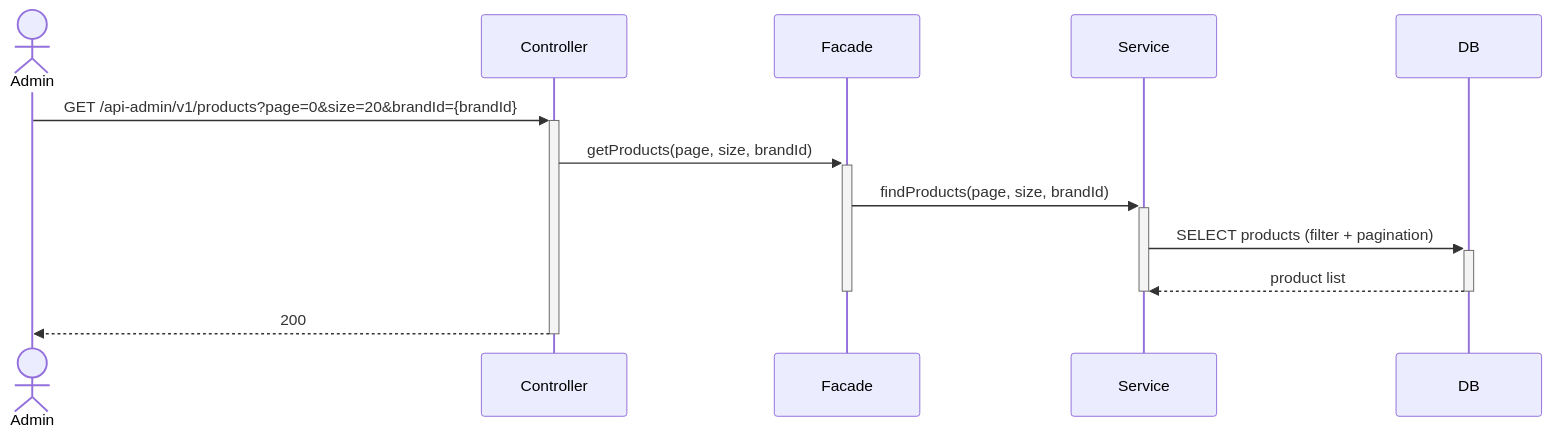
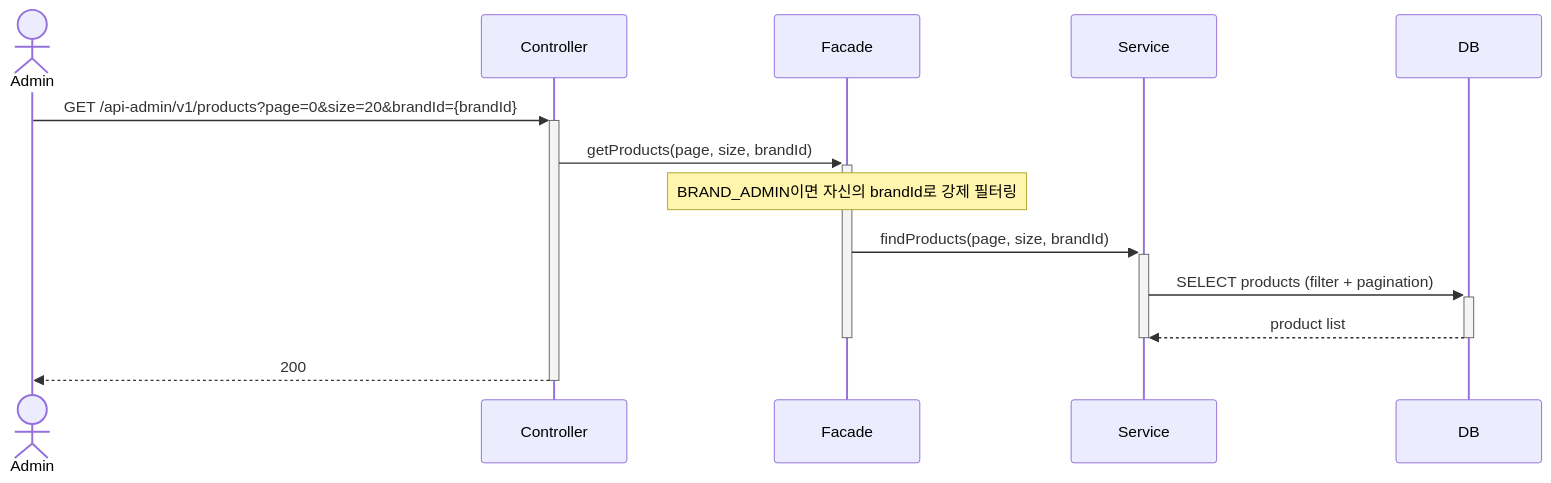
Before and after one commit to loopers-labs/loop-pack-be-l2-vol4-java: diagram 16 of 21 in .docs/design/02-sequence-diagrams.md, drawn with Mermaid. The commit also changed other lines of this file and 3 other files, not shown here.

````diff
--- a/.docs/design/02-sequence-diagrams.md
+++ b/.docs/design/02-sequence-diagrams.md
@@ -481,17 +512,18 @@
 ```mermaid
 sequenceDiagram
     actor Admin
     participant Controller
     participant Facade
     participant Service
     participant DB
 
     Admin->>+Controller: GET /api-admin/v1/products?page=0&size=20&brandId={brandId}
     Controller->>+Facade: getProducts(page, size, brandId)
+    Note over Facade: BRAND_ADMIN이면 자신의 brandId로 강제 필터링
     Facade->>+Service: findProducts(page, size, brandId)
     Service->>+DB: SELECT products (filter + pagination)
     DB-->>-Service: product list
     deactivate Service
     deactivate Facade
     Controller-->>-Admin: 200
 ```
````
